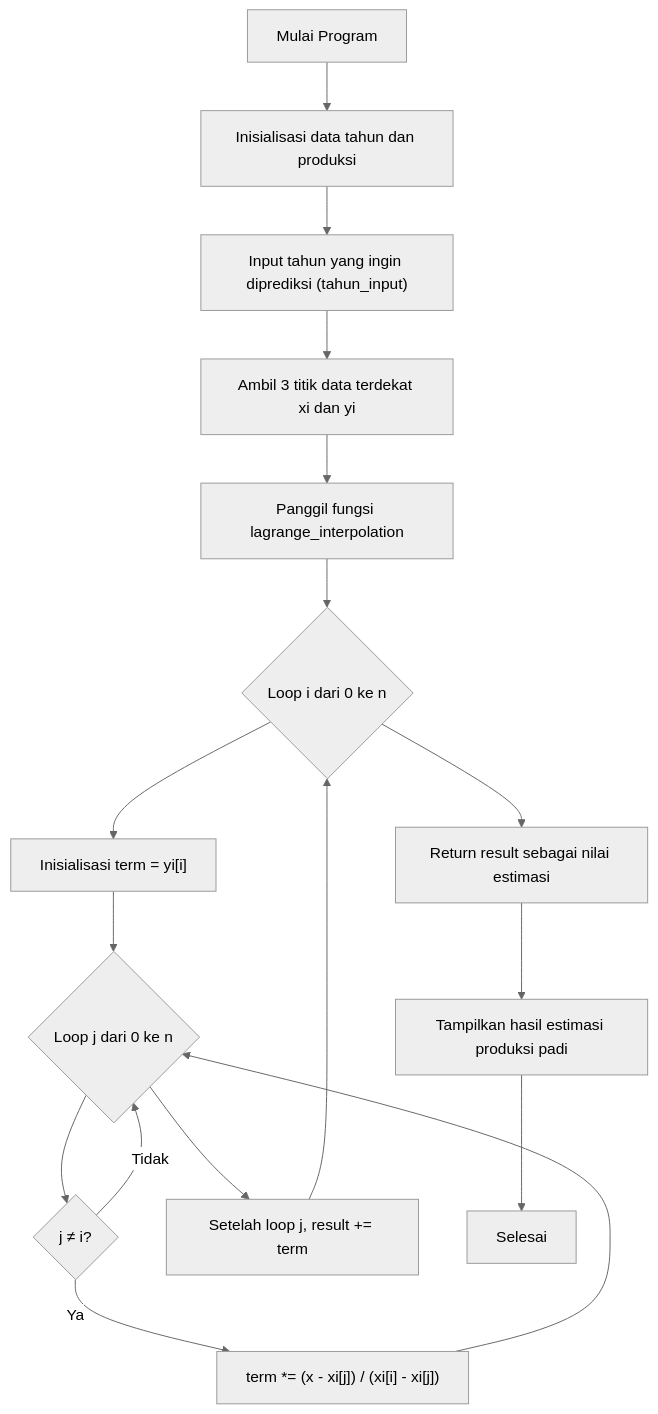
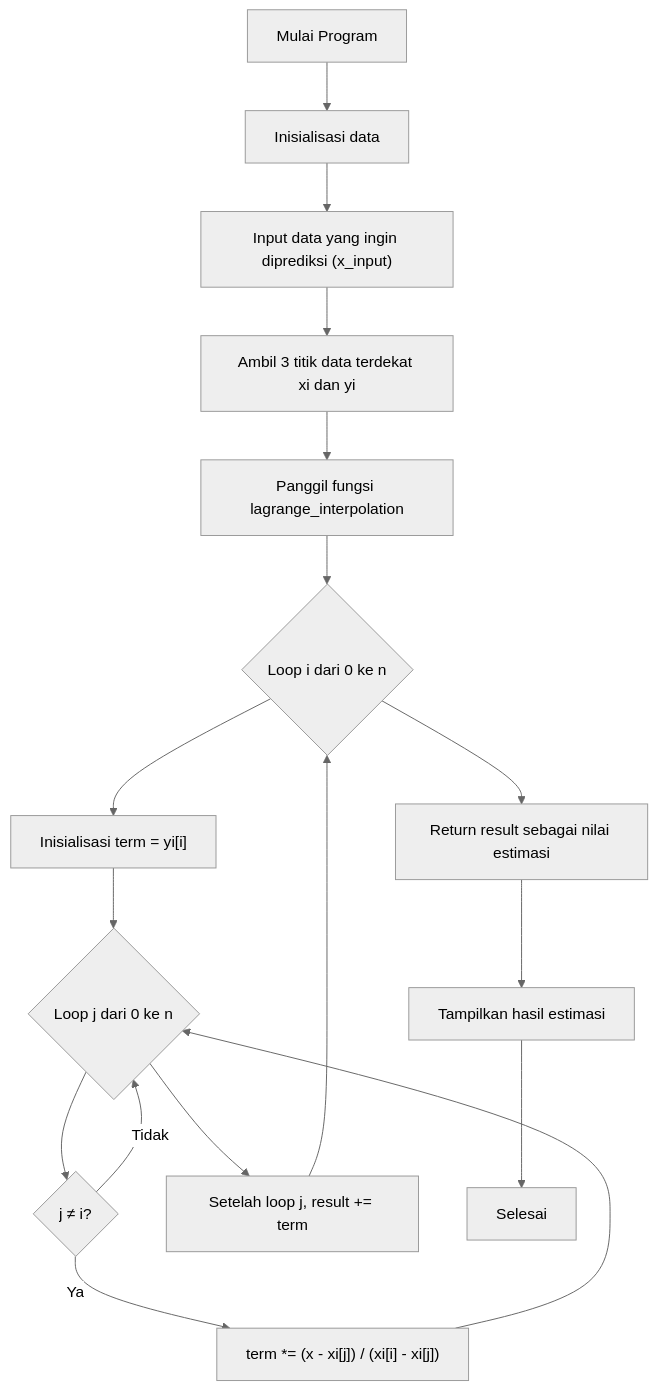
One commit to aslabkomfis/Komputasi-Numerik-24-25 changed the diagram in Modul - 5/Metode-Interpolasi-Lagrange.mmd. Above: the diagram before and after it, drawn with Mermaid (neutral theme).

```diff
--- a/Modul - 5/Metode-Interpolasi-Lagrange.mmd
+++ b/Modul - 5/Metode-Interpolasi-Lagrange.mmd
@@ -1,17 +1,17 @@
 flowchart TD
-    A["Mulai Program"] --> B["Inisialisasi data tahun dan produksi"]
-    B --> C["Input tahun yang ingin diprediksi (tahun_input)"]
+    A["Mulai Program"] --> B["Inisialisasi data "]
+    B --> C["Input data yang ingin diprediksi (x_input)"]
     C --> D["Ambil 3 titik data terdekat xi dan yi"]
     D --> E["Panggil fungsi lagrange_interpolation"]
     E --> F{Loop i dari 0 ke n}
     F --> G["Inisialisasi term = yi[i]"]
     G --> H{Loop j dari 0 ke n}
     H --> I{j ≠ i?}
     I -- Ya --> J["term *= (x - xi[j]) / (xi[i] - xi[j])"]
     J --> H
     I -- Tidak --> H
     H --> K["Setelah loop j, result += term"]
     K --> F
     F --> L["Return result sebagai nilai estimasi"]
-    L --> M["Tampilkan hasil estimasi produksi padi"]
+    L --> M["Tampilkan hasil estimasi"]
     M --> N["Selesai"]
```
